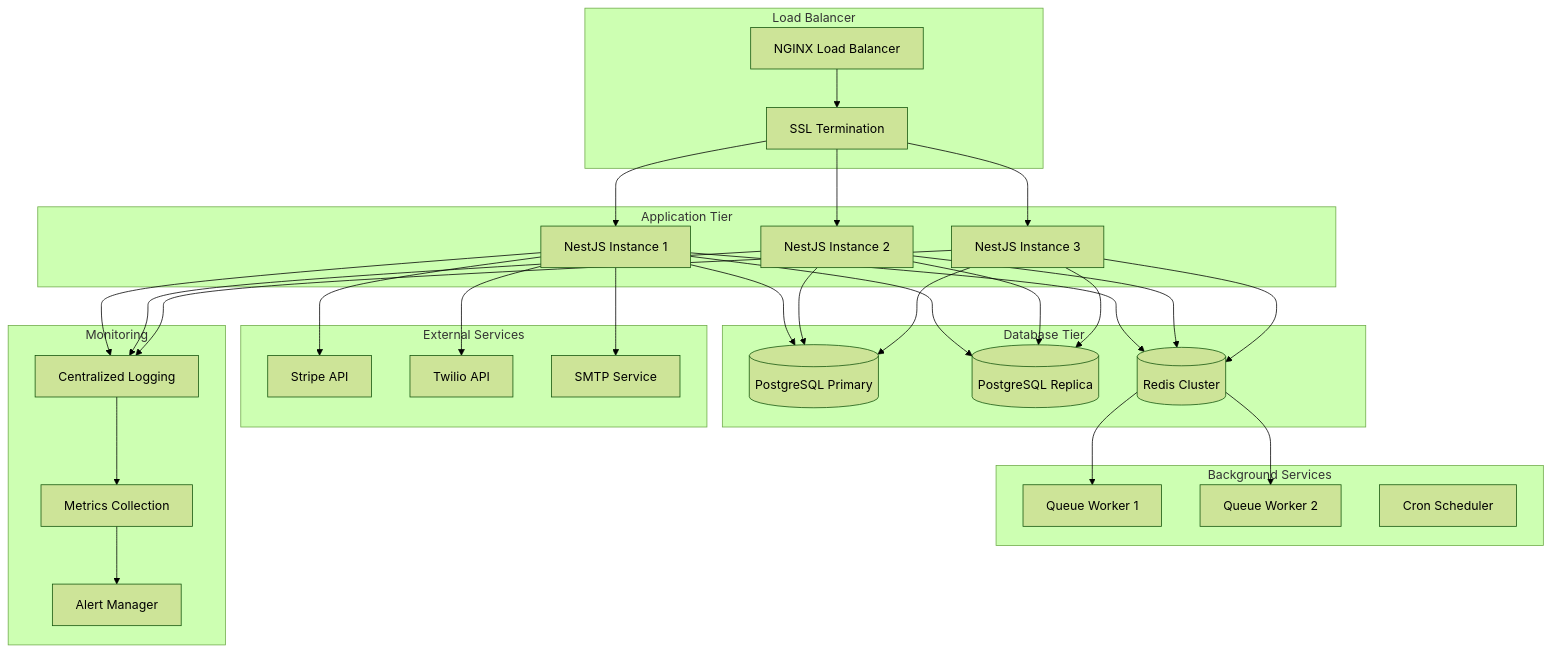
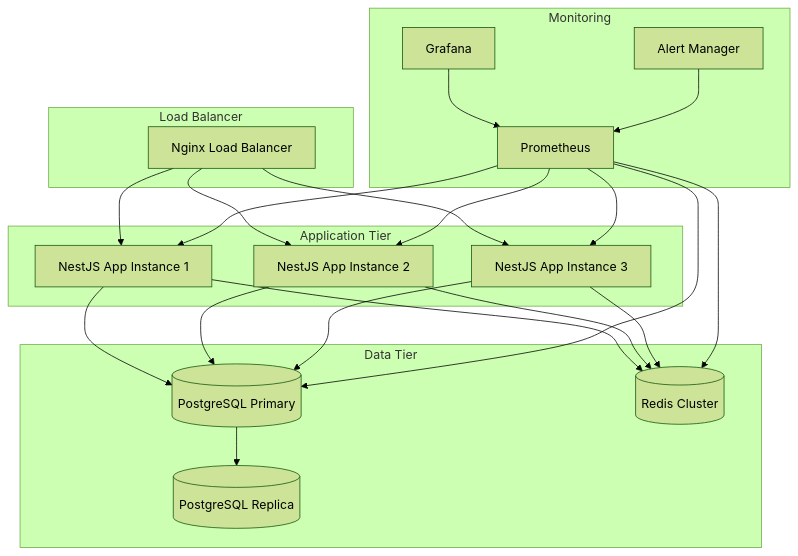
Diagram 14 of 14 in docs/ARCHITECTURE.md (abdoElHodaky/sasscolmng), drawn with Mermaid (forest theme) before and after one commit. The commit also changed other lines of this file and 18 other files, not shown here.

````diff
--- a/docs/ARCHITECTURE.md
+++ b/docs/ARCHITECTURE.md
@@ -813,68 +680,47 @@
 ```mermaid
 graph TB
     subgraph "Load Balancer"
-        LB[NGINX Load Balancer]
-        SSL[SSL Termination]
+        LB[Nginx Load Balancer]
     end
-    
+
     subgraph "Application Tier"
-        APP1[NestJS Instance 1]
-        APP2[NestJS Instance 2]
-        APP3[NestJS Instance 3]
+        APP1[NestJS App Instance 1]
+        APP2[NestJS App Instance 2]
+        APP3[NestJS App Instance 3]
     end
-    
-    subgraph "Database Tier"
-        PRIMARY[(PostgreSQL Primary)]
-        REPLICA[(PostgreSQL Replica)]
-        REDIS_CLUSTER[(Redis Cluster)]
+
+    subgraph "Data Tier"
+        POSTGRES[(PostgreSQL Primary)]
+        POSTGRES_REPLICA[(PostgreSQL Replica)]
+        REDIS[(Redis Cluster)]
     end
-    
-    subgraph "Background Services"
-        QUEUE_WORKER1[Queue Worker 1]
-        QUEUE_WORKER2[Queue Worker 2]
-        SCHEDULER[Cron Scheduler]
+
+    subgraph "Monitoring"
+        PROMETHEUS[Prometheus]
+        GRAFANA[Grafana]
+        ALERTMANAGER[Alert Manager]
     end
-    
-    subgraph "External Services"
-        STRIPE_API[Stripe API]
-        TWILIO_API[Twilio API]
-        SMTP_SERVICE[SMTP Service]
-    end
-    
-    subgraph "Monitoring"
-        LOGS[Centralized Logging]
-        METRICS[Metrics Collection]
-        ALERTS[Alert Manager]
-    end
-    
-    LB --> SSL
-    SSL --> APP1
-    SSL --> APP2
-    SSL --> APP3
-    
-    APP1 --> PRIMARY
-    APP2 --> PRIMARY
-    APP3 --> PRIMARY
-    
-    APP1 --> REPLICA
-    APP2 --> REPLICA
-    APP3 --> REPLICA
-    
-    APP1 --> REDIS_CLUSTER
-    APP2 --> REDIS_CLUSTER
-    APP3 --> REDIS_CLUSTER
-    
-    REDIS_CLUSTER --> QUEUE_WORKER1
-    REDIS_CLUSTER --> QUEUE_WORKER2
-    
-    APP1 --> STRIPE_API
-    APP1 --> TWILIO_API
-    APP1 --> SMTP_SERVICE
-    
-    APP1 --> LOGS
-    APP2 --> LOGS
-    APP3 --> LOGS
-    
-    LOGS --> METRICS
-    METRICS --> ALERTS
+
+    LB --> APP1
+    LB --> APP2
+    LB --> APP3
+
+    APP1 --> POSTGRES
+    APP2 --> POSTGRES
+    APP3 --> POSTGRES
+
+    APP1 --> REDIS
+    APP2 --> REDIS
+    APP3 --> REDIS
+
+    POSTGRES --> POSTGRES_REPLICA
+
+    PROMETHEUS --> APP1
+    PROMETHEUS --> APP2
+    PROMETHEUS --> APP3
+    PROMETHEUS --> POSTGRES
+    PROMETHEUS --> REDIS
+
+    GRAFANA --> PROMETHEUS
+    ALERTMANAGER --> PROMETHEUS
 ```
````
